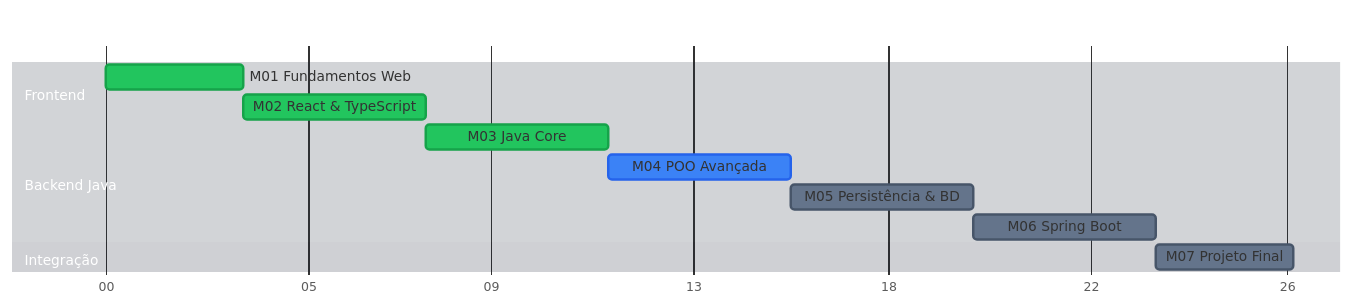
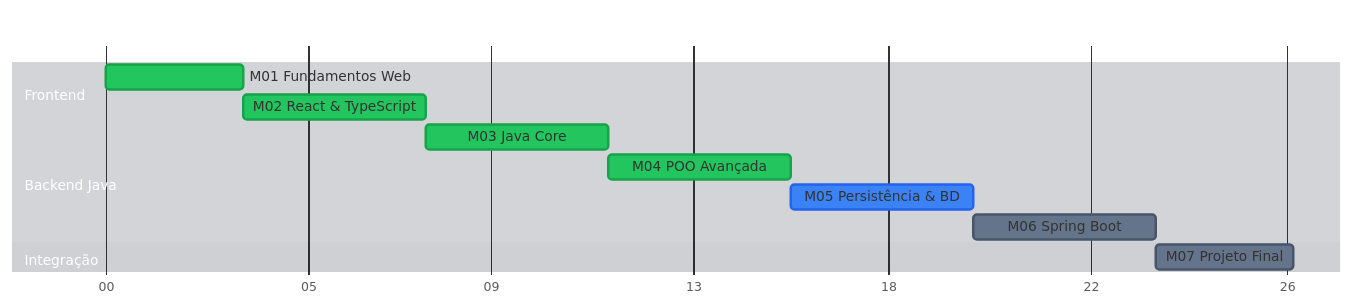
One commit to charlles-dev/3035-TEACH changed the second of 2 diagrams in README.md. Above: the diagram before and after it, drawn with Mermaid. The commit also changed other lines of this file and 6 other files, not shown here.

````diff
--- a/README.md
+++ b/README.md
@@ -120,41 +120,41 @@
 ```mermaid
 %%{init: { 
   'theme': 'base', 
   'themeVariables': { 
     'doneTaskBkgColor': '#22c55e', 
     'doneTaskBorderColor': '#16a34a',
     'doneTaskTextColor': '#000000',
     'activeTaskBkgColor': '#3b82f6',
     'activeTaskBorderColor': '#2563eb',
     'taskBkgColor': '#64748b',
     'taskBorderColor': '#475569',
     
     'critBorderColor': '#ef4444',
     'critBkgColor': '#f87171',
     
     'titleColor': '#ffffff',
     'sectionBkgColor': '#1e293b',
     'sectionBkgColor2': '#0f172a',
     'altSectionBkgColor': '#1e293b',
     'gridColor': '#334155',
     'todayLineColor': '#eab308'
   }
 }}%%
 gantt
     title Cronograma de Formação Fullstack (6 Meses)
     dateFormat  YYYY-MM-DD
     axisFormat  %W
     
     section Frontend
     M01 Fundamentos Web       :done,  m1, 2023-01-01, 3w
     M02 React & TypeScript    :done,  m2, after m1, 4w
     
     section Backend Java
     M03 Java Core             :done,    m3, after m2, 4w
-    M04 POO Avançada          :active,  m4, after m3, 4w
-    M05 Persistência & BD     :         m5, after m4, 4w
+    M04 POO Avançada          :done,    m4, after m3, 4w
+    M05 Persistência & BD     :active,  m5, after m4, 4w
     M06 Spring Boot           :         m6, after m5, 4w
     
     section Integração
     M07 Projeto Final         :         m7, after m6, 3w
 ```
````
